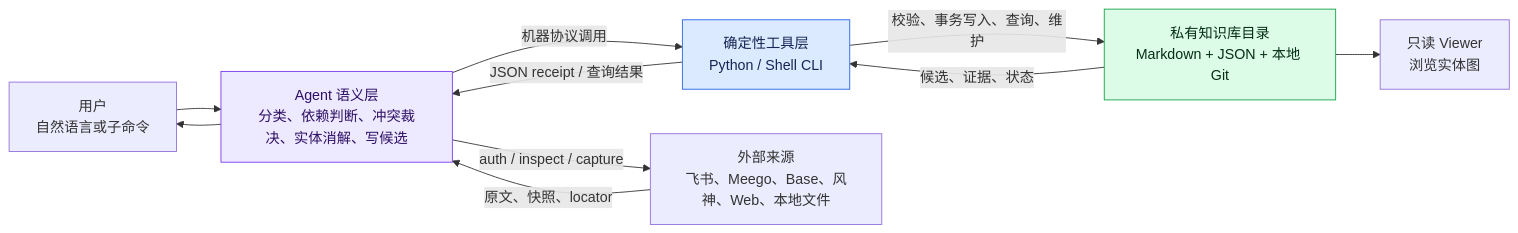
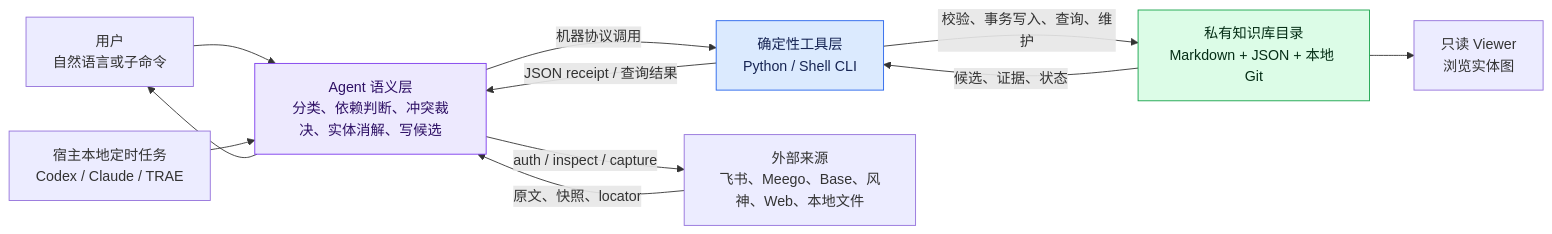
One commit to ranjiao/byteworker changed the first of 19 diagrams in ARCHITECTURE.md. Above: the diagram before and after it, drawn with Mermaid. The commit also changed other lines of this file and 23 other files, not shown here.

````diff
--- a/ARCHITECTURE.md
+++ b/ARCHITECTURE.md
@@ -17,26 +17,28 @@
 ```mermaid
 flowchart LR
     U["用户<br/>自然语言或子命令"]
+    H["宿主本地定时任务<br/>Codex / Claude / TRAE"]
     A["Agent 语义层<br/>分类、依赖判断、冲突裁决、实体消解、写候选"]
     C["确定性工具层<br/>Python / Shell CLI"]
     K["私有知识库目录<br/>Markdown + JSON + 本地 Git"]
     E["外部来源<br/>飞书、Meego、Base、风神、Web、本地文件"]
     V["只读 Viewer<br/>浏览实体图"]
 
     U --> A
+    H --> A
     A -->|"auth / inspect / capture"| E
     E -->|"原文、快照、locator"| A
     A -->|"机器协议调用"| C
     C -->|"校验、事务写入、查询、维护"| K
     K -->|"候选、证据、状态"| C
     C -->|"JSON receipt / 查询结果"| A
     A --> U
     K --> V
 
     classDef semantic fill:#ede9fe,stroke:#7c3aed,color:#2e1065
     classDef deterministic fill:#dbeafe,stroke:#2563eb,color:#172554
     classDef private fill:#dcfce7,stroke:#16a34a,color:#052e16
     class A semantic
     class C deterministic
     class K private
 ```
````
